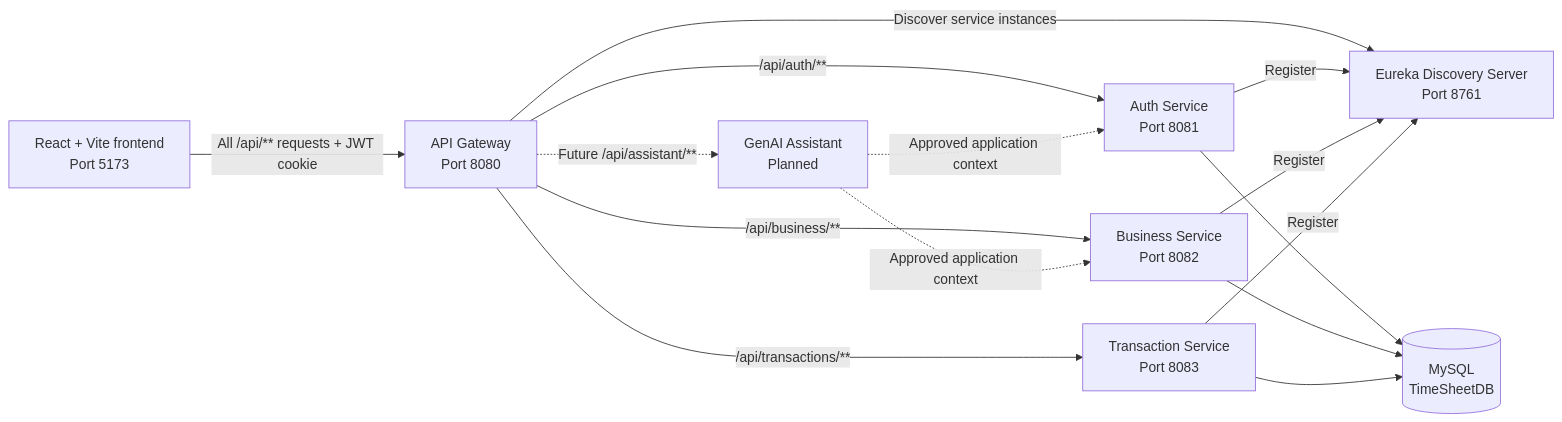
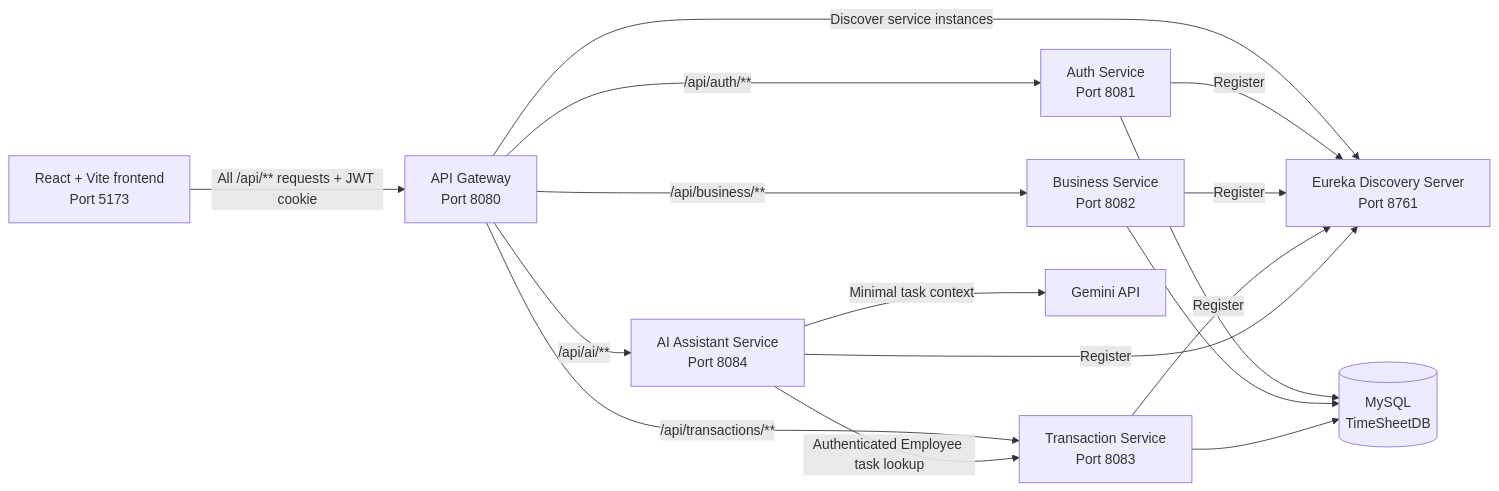
One commit to devteamproject2026/Time-Sheet-Management-System changed the first of 2 diagrams in README.md. Above: the diagram before and after it, drawn with Mermaid. The commit also changed other lines of this file and 36 other files, not shown here.

First line of the commit message:
feat(ai): integrate secured employee assistant with Gemini

````diff
--- a/README.md
+++ b/README.md
@@ -41,26 +41,27 @@
 ```mermaid
 flowchart LR
     UI["React + Vite frontend<br/>Port 5173"]
     GATEWAY["API Gateway<br/>Port 8080"]
     EUREKA["Eureka Discovery Server<br/>Port 8761"]
     AUTH["Auth Service<br/>Port 8081"]
     BUSINESS["Business Service<br/>Port 8082"]
     TX["Transaction Service<br/>Port 8083"]
-    AI["GenAI Assistant<br/>Planned"]
+    AI["AI Assistant Service<br/>Port 8084"]
     DB[("MySQL<br/>TimeSheetDB")]
 
     UI -->|"All /api/** requests + JWT cookie"| GATEWAY
     GATEWAY -->|"/api/auth/**"| AUTH
     GATEWAY -->|"/api/business/**"| BUSINESS
     GATEWAY -->|"/api/transactions/**"| TX
-    GATEWAY -.->|"Future /api/assistant/**"| AI
+    GATEWAY -->|"/api/ai/**"| AI
     GATEWAY -->|"Discover service instances"| EUREKA
     AUTH -->|"Register"| EUREKA
     BUSINESS -->|"Register"| EUREKA
     TX -->|"Register"| EUREKA
+    AI -->|"Register"| EUREKA
     AUTH --> DB
     BUSINESS --> DB
     TX --> DB
-    AI -.->|"Approved application context"| AUTH
-    AI -.->|"Approved application context"| BUSINESS
+    AI -->|"Authenticated Employee task lookup"| TX
+    AI -->|"Minimal task context"| GEMINI["Gemini API"]
 ```
````
